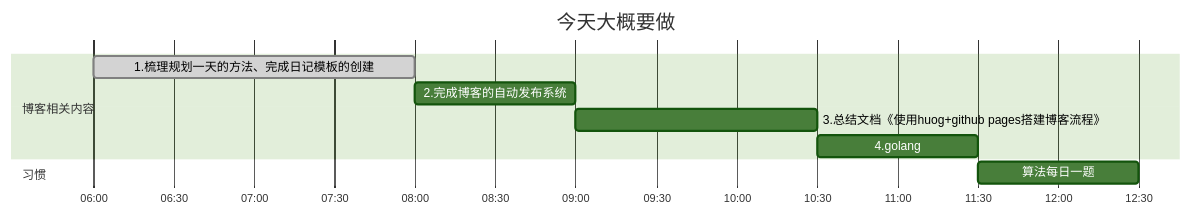
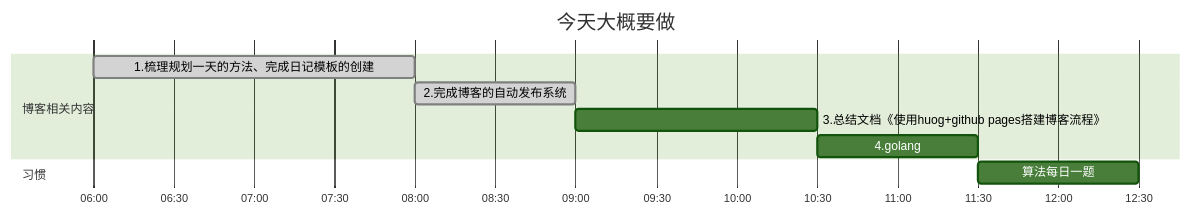
One commit to 904566722/904566722.github.io changed the first of 2 diagrams in 2023-05-11/index.md. Above: the diagram before and after it, drawn with Mermaid (forest theme). The commit also changed other lines of this file and 114 other files, not shown here.

````diff
--- a/2023-05-11/index.md
+++ b/2023-05-11/index.md
@@ -8,16 +8,16 @@
 ```mermaid
 gantt
 dateFormat HH:mm
 axisFormat %H:%M
 tickInterval 1h
 title 今天大概要做
 
 section 博客相关内容
 1.梳理规划一天的方法、完成日记模板的创建:done,riji,06:00, 2h
-2.完成博客的自动发布系统:fabu, after riji, 1h
+2.完成博客的自动发布系统:done,fabu, after riji, 1h
 3.总结文档《使用huog+github pages搭建博客流程》:after fabu, 90m
 4.golang: 1h
 
 section 习惯
 算法每日一题: 1h
 ```
````
